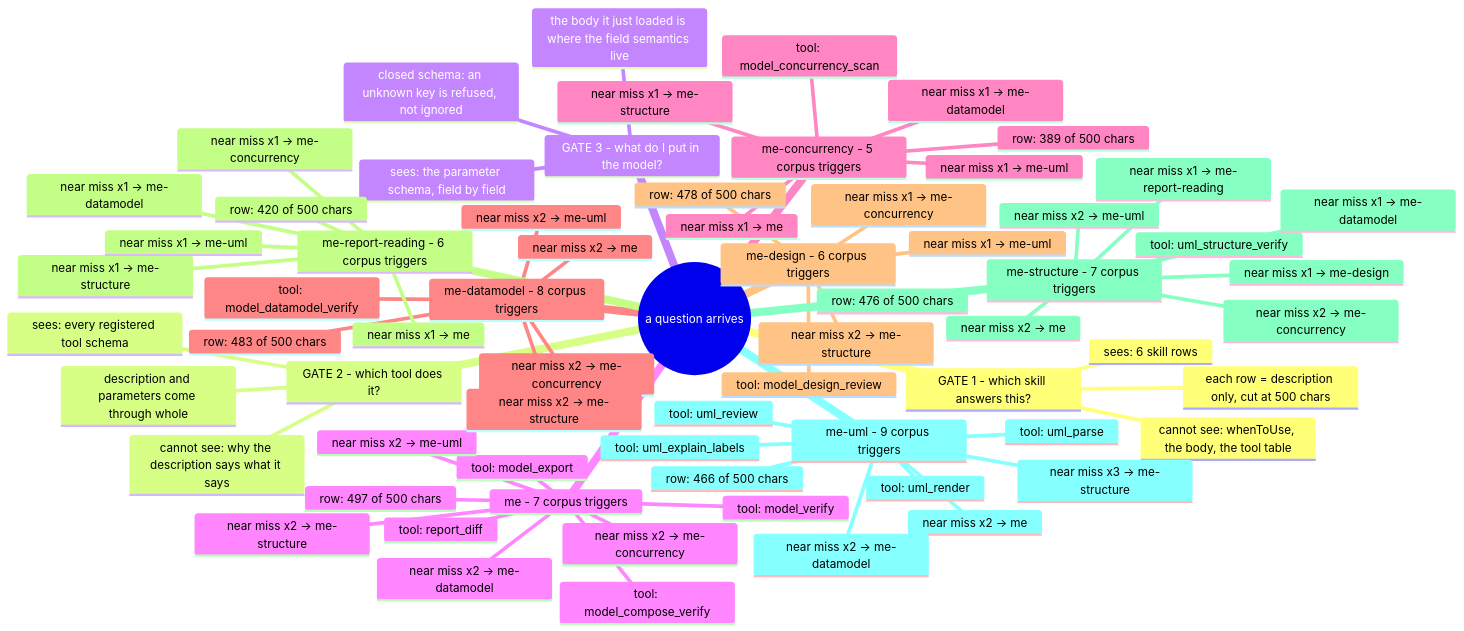
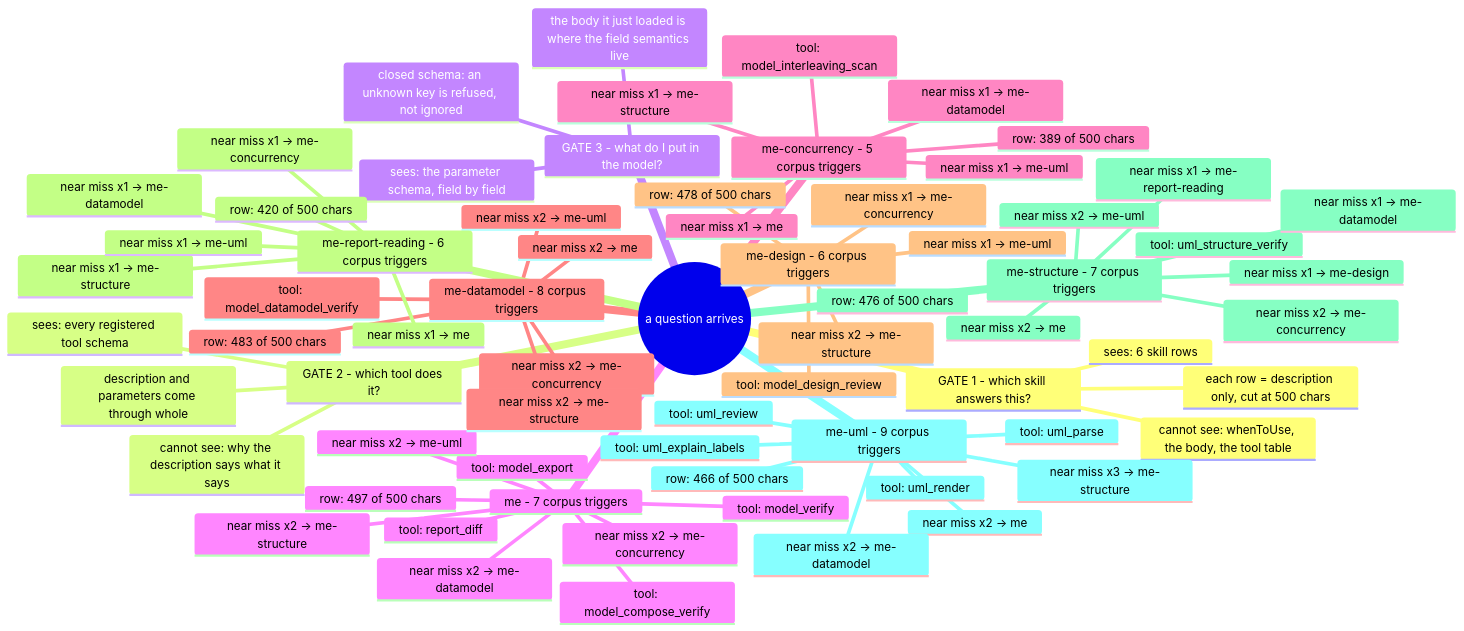
The diagram in docs/routing-map.md (AmethystLuna/dsh-model-everything), drawn with Mermaid before and after one commit. The commit also changed other lines of this file and 37 other files, not shown here.

First line of the commit message:
refactor(tool): model_concurrency_scan is model_interleaving_scan

````diff
--- a/docs/routing-map.md
+++ b/docs/routing-map.md
@@ -9,71 +9,71 @@
 ```mermaid
 mindmap
   root((a question arrives))
     GATE 1 - which skill answers this?
       sees: 6 skill rows
       each row = description only, cut at 500 chars
       cannot see: whenToUse, the body, the tool table
     GATE 2 - which tool does it?
       sees: every registered tool schema
       description and parameters come through whole
       cannot see: why the description says what it says
     GATE 3 - what do I put in the model?
       sees: the parameter schema, field by field
       closed schema: an unknown key is refused, not ignored
       the body it just loaded is where the field semantics live
     me - 7 corpus triggers
       row: 497 of 500 chars
       tool: model_verify
       tool: model_compose_verify
       tool: model_export
       tool: report_diff
       near miss x2 → me-concurrency
       near miss x2 → me-datamodel
       near miss x2 → me-structure
       near miss x2 → me-uml
     me-concurrency - 5 corpus triggers
       row: 389 of 500 chars
-      tool: model_concurrency_scan
+      tool: model_interleaving_scan
       near miss x1 → me
       near miss x1 → me-datamodel
       near miss x1 → me-uml
       near miss x1 → me-structure
     me-datamodel - 8 corpus triggers
       row: 483 of 500 chars
       tool: model_datamodel_verify
       near miss x2 → me-uml
       near miss x2 → me-concurrency
       near miss x2 → me
       near miss x2 → me-structure
     me-design - 6 corpus triggers
       row: 478 of 500 chars
       tool: model_design_review
       near miss x2 → me-structure
       near miss x1 → me-uml
       near miss x1 → me-concurrency
     me-report-reading - 6 corpus triggers
       row: 420 of 500 chars
       near miss x1 → me
       near miss x1 → me-concurrency
       near miss x1 → me-datamodel
       near miss x1 → me-structure
       near miss x1 → me-uml
     me-structure - 7 corpus triggers
       row: 476 of 500 chars
       tool: uml_structure_verify
       near miss x2 → me-uml
       near miss x2 → me-concurrency
       near miss x2 → me
       near miss x1 → me-datamodel
       near miss x1 → me-design
       near miss x1 → me-report-reading
     me-uml - 9 corpus triggers
       row: 466 of 500 chars
       tool: uml_render
       tool: uml_parse
       tool: uml_review
       tool: uml_explain_labels
       near miss x3 → me-structure
       near miss x2 → me
       near miss x2 → me-datamodel
 ```
````
